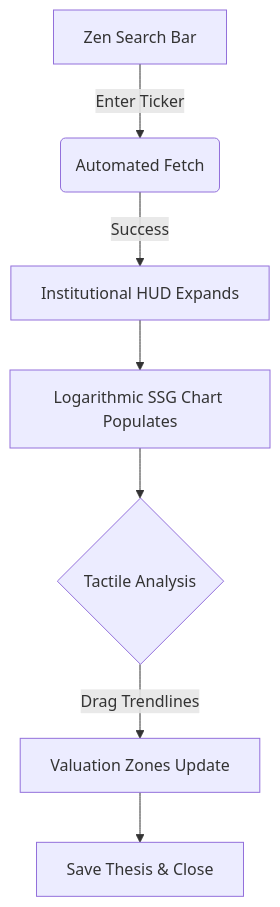
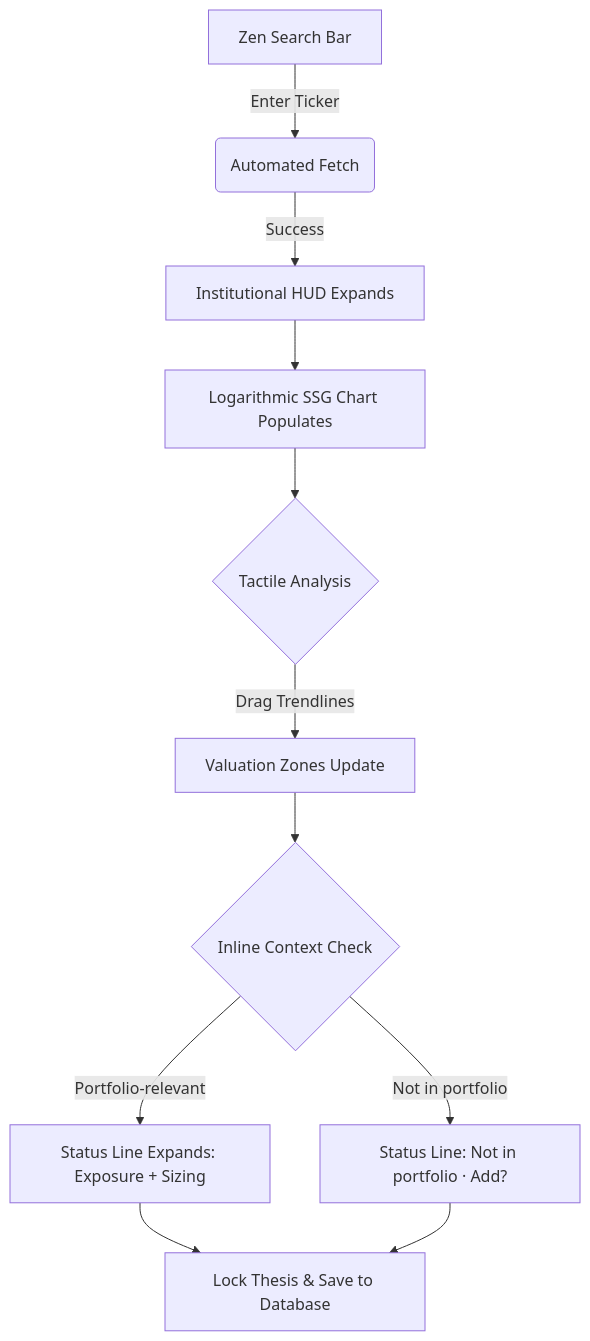
One commit to guycorbaz/steadyinvest changed the first of 6 diagrams in _bmad-output/planning-artifacts/ux-design-specification.md. Above: the diagram before and after it, drawn with Mermaid. The commit also changed other lines of this file and 62 other files, not shown here.

````diff
--- a/_bmad-output/planning-artifacts/ux-design-specification.md
+++ b/_bmad-output/planning-artifacts/ux-design-specification.md
@@ -231,9 +281,13 @@
 ```mermaid
 graph TD
     A[Zen Search Bar] -->|Enter Ticker| B(Automated Fetch)
     B -->|Success| C[Institutional HUD Expands]
     C --> D[Logarithmic SSG Chart Populates]
     D --> E{Tactile Analysis}
     E -->|Drag Trendlines| F[Valuation Zones Update]
-    F --> G[Save Thesis & Close]
+    F --> G{Inline Context Check}
+    G -->|Portfolio-relevant| H[Status Line Expands: Exposure + Sizing]
+    G -->|Not in portfolio| I["Status Line: Not in portfolio · Add?"]
+    H --> J[Lock Thesis & Save to Database]
+    I --> J
 ```
````
